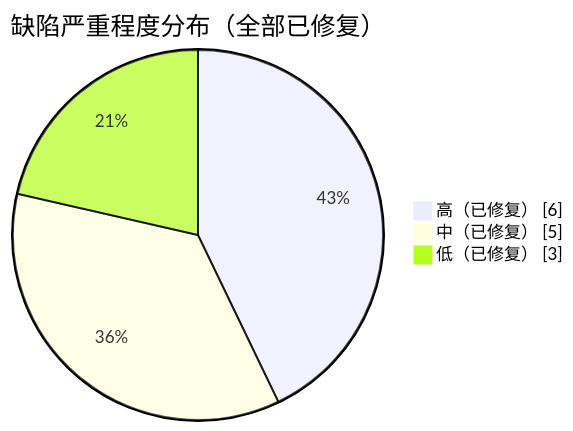
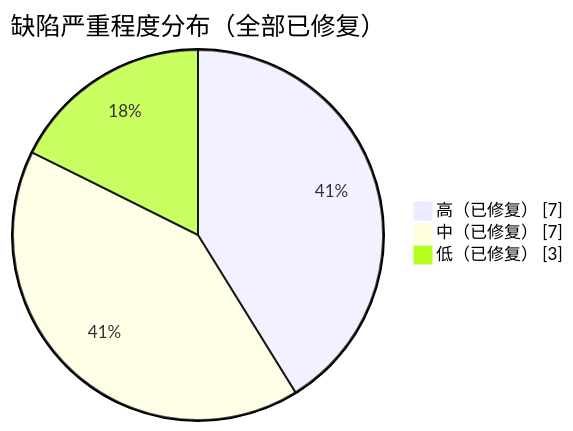
One commit to FeiTwnd/lanchat changed the fourth of 4 diagrams in docs/test/测试报告.md. Above: the diagram before and after it, drawn with Mermaid. The commit also changed other lines of this file and 20 other files, not shown here.

First line of the commit message:
docs(ui): 同步界面改造文档、走查截图与缺陷证据

````diff
--- a/docs/test/测试报告.md
+++ b/docs/test/测试报告.md
@@ -415,6 +433,6 @@
 ```mermaid
 pie showData title 缺陷严重程度分布（全部已修复）
-    "高（已修复）" : 6
-    "中（已修复）" : 5
+    "高（已修复）" : 7
+    "中（已修复）" : 7
     "低（已修复）" : 3
 ```
````
